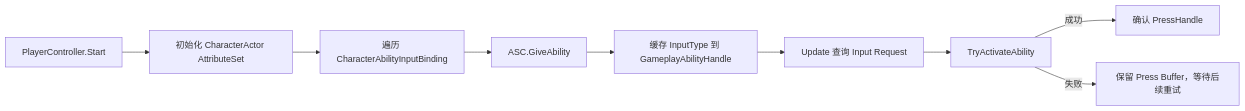
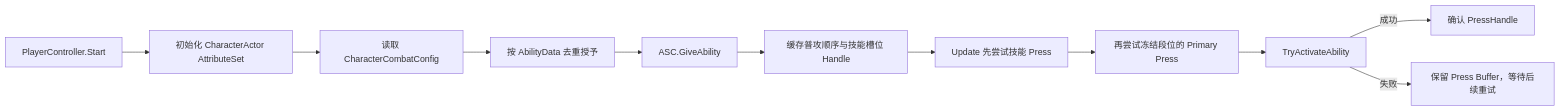
Before and after one commit to Whitesheeeep/3DRPG: the fifth of 14 diagrams in Assets/Scripts/Character/CharacterControlAndMotionArchitecture.md, drawn with Mermaid. The commit also changed other lines of this file and 21 other files, not shown here.

````diff
--- a/Assets/Scripts/Character/CharacterControlAndMotionArchitecture.md
+++ b/Assets/Scripts/Character/CharacterControlAndMotionArchitecture.md
@@ -230,11 +237,13 @@
 ```mermaid
 flowchart LR
     Start[PlayerController.Start] --> InitAttr[初始化 CharacterActor AttributeSet]
-    InitAttr --> Grant[遍历 CharacterAbilityInputBinding]
+    InitAttr --> Config[读取 CharacterCombatConfig]
+    Config --> Grant[按 AbilityData 去重授予]
     Grant --> Spec[ASC.GiveAbility]
-    Spec --> Cache[缓存 InputType 到 GameplayAbilityHandle]
-    Cache --> Request[Update 查询 Input Request]
-    Request --> Activate[TryActivateAbility]
+    Spec --> Cache[缓存普攻顺序与技能槽位 Handle]
+    Cache --> Skill[Update 先尝试技能 Press]
+    Skill --> Primary[再尝试冻结段位的 Primary Press]
+    Primary --> Activate[TryActivateAbility]
     Activate -->|成功| Consume[确认 PressHandle]
     Activate -->|失败| Retry[保留 Press Buffer，等待后续重试]
 ```
````
